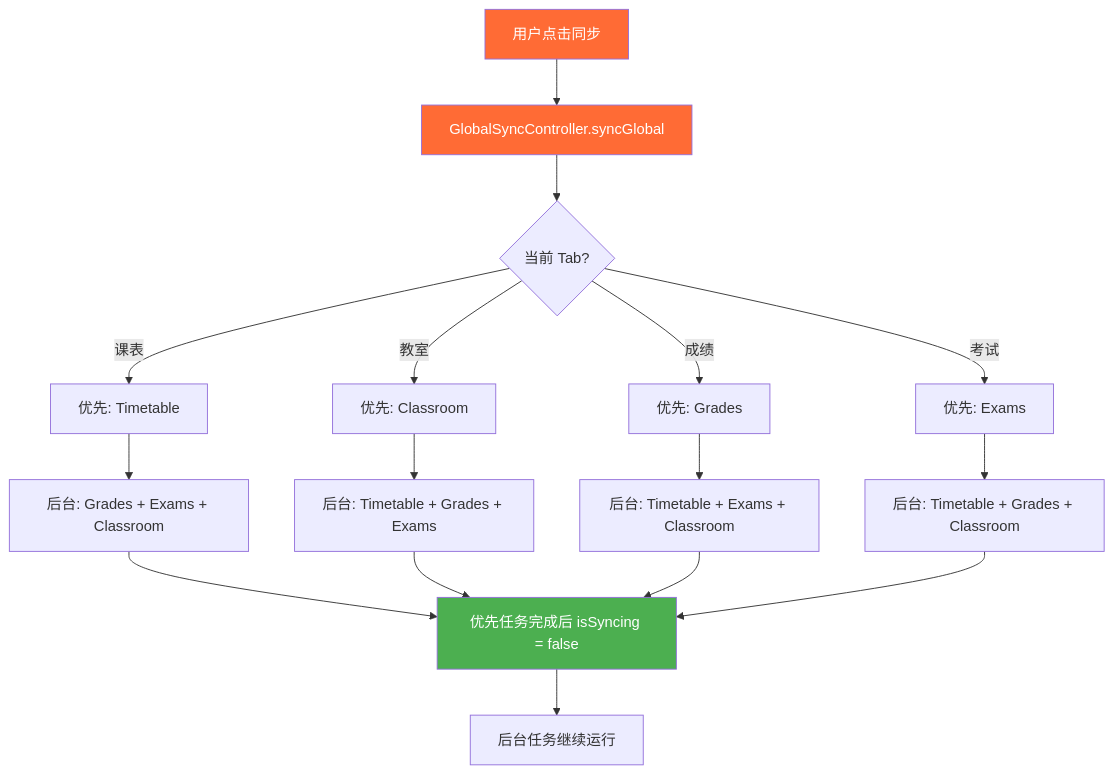
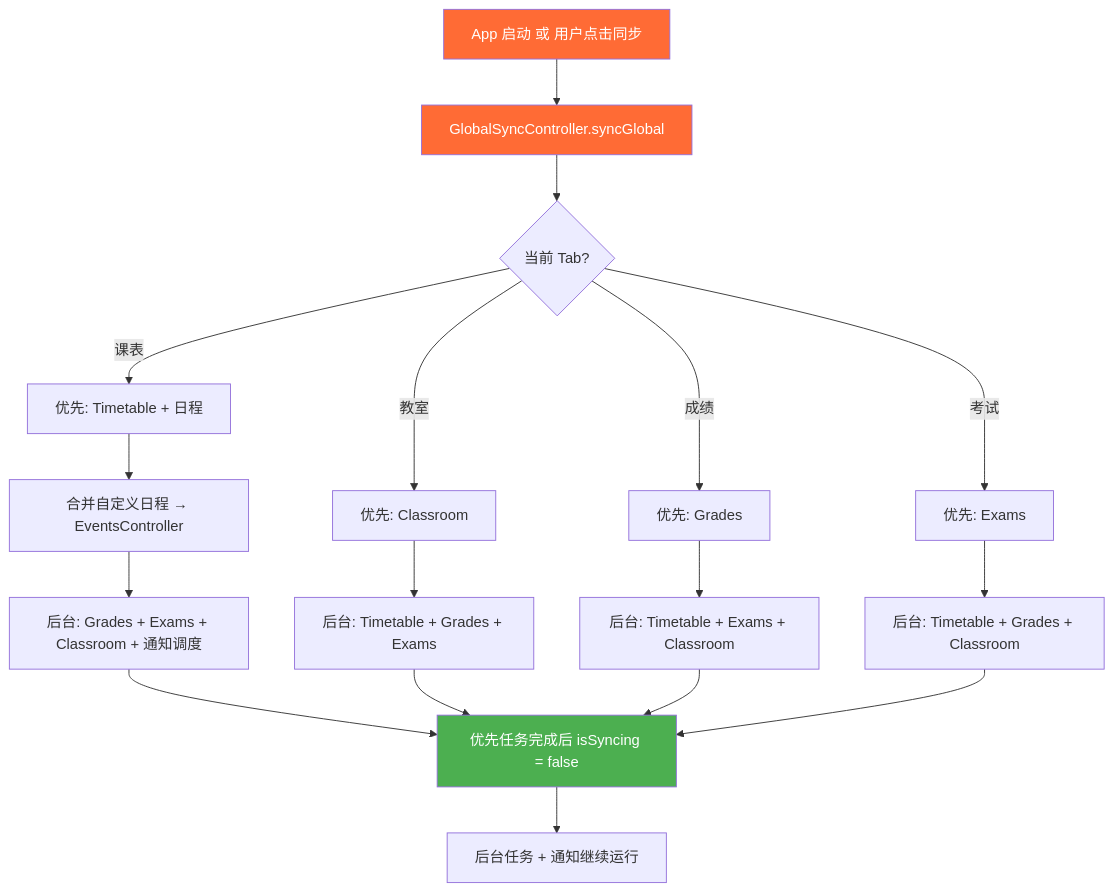
Before and after one commit to fans963/li_curriculum_table: the seventh of 7 diagrams in README.md, drawn with Mermaid. The commit also changed other lines of this file and 242 other files, not shown here.

````diff
--- a/README.md
+++ b/README.md
@@ -422,25 +458,26 @@
 ```mermaid
 graph TD
-    A["用户点击同步"] --> B["GlobalSyncController.syncGlobal"]
+    A["App 启动 或 用户点击同步"] --> B["GlobalSyncController.syncGlobal"]
     B --> C{"当前 Tab?"}
-    C --> |"课表"| D["优先: Timetable"]
+    C --> |"课表"| D["优先: Timetable + 日程"]
     C --> |"教室"| E["优先: Classroom"]
     C --> |"成绩"| F["优先: Grades"]
     C --> |"考试"| G["优先: Exams"]
 
-    D --> H["后台: Grades + Exams + Classroom"]
+    D --> D1["合并自定义日程 → EventsController"]
+    D1 --> H["后台: Grades + Exams + Classroom + 通知调度"]
     E --> I["后台: Timetable + Grades + Exams"]
     F --> J["后台: Timetable + Exams + Classroom"]
     G --> K["后台: Timetable + Grades + Classroom"]
 
     H --> L["优先任务完成后 isSyncing = false"]
     I --> L
     J --> L
     K --> L
 
-    L --> M["后台任务继续运行"]
+    L --> M["后台任务 + 通知继续运行"]
 
     style A fill:#FF6B35,color:#fff
     style B fill:#FF6B35,color:#fff
     style L fill:#4CAF50,color:#fff
 ```
````
